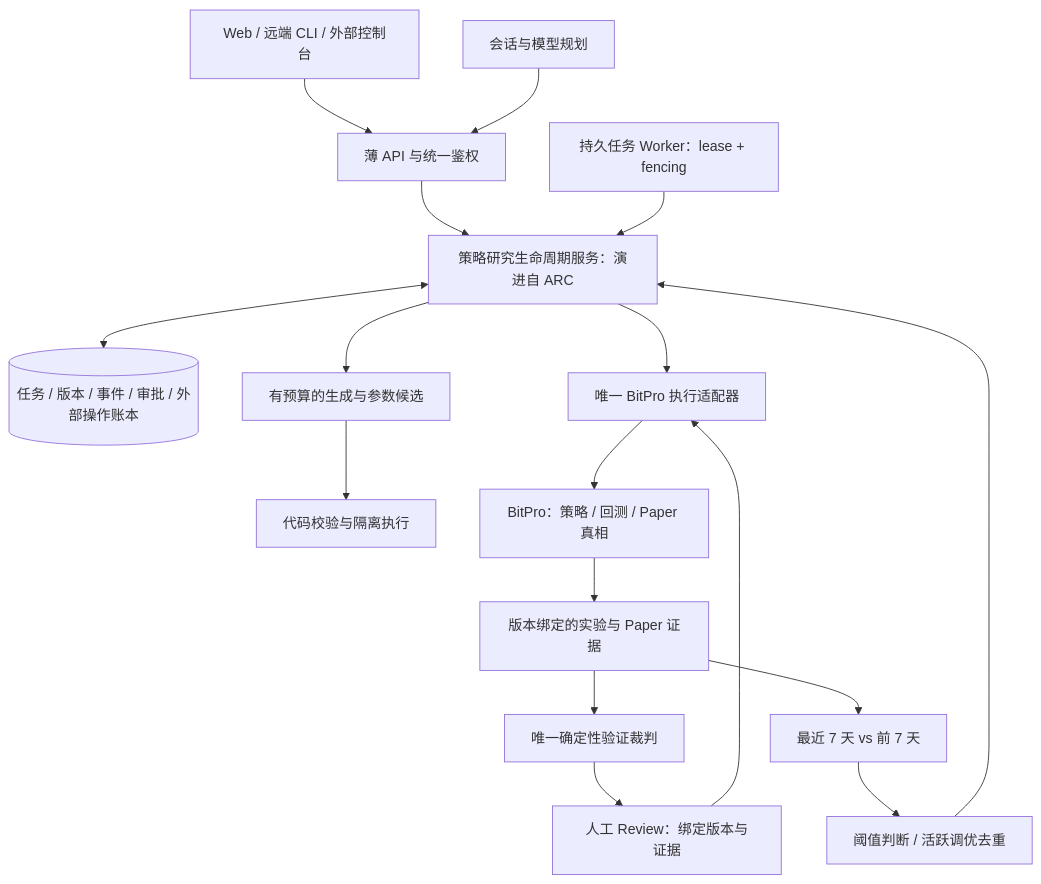
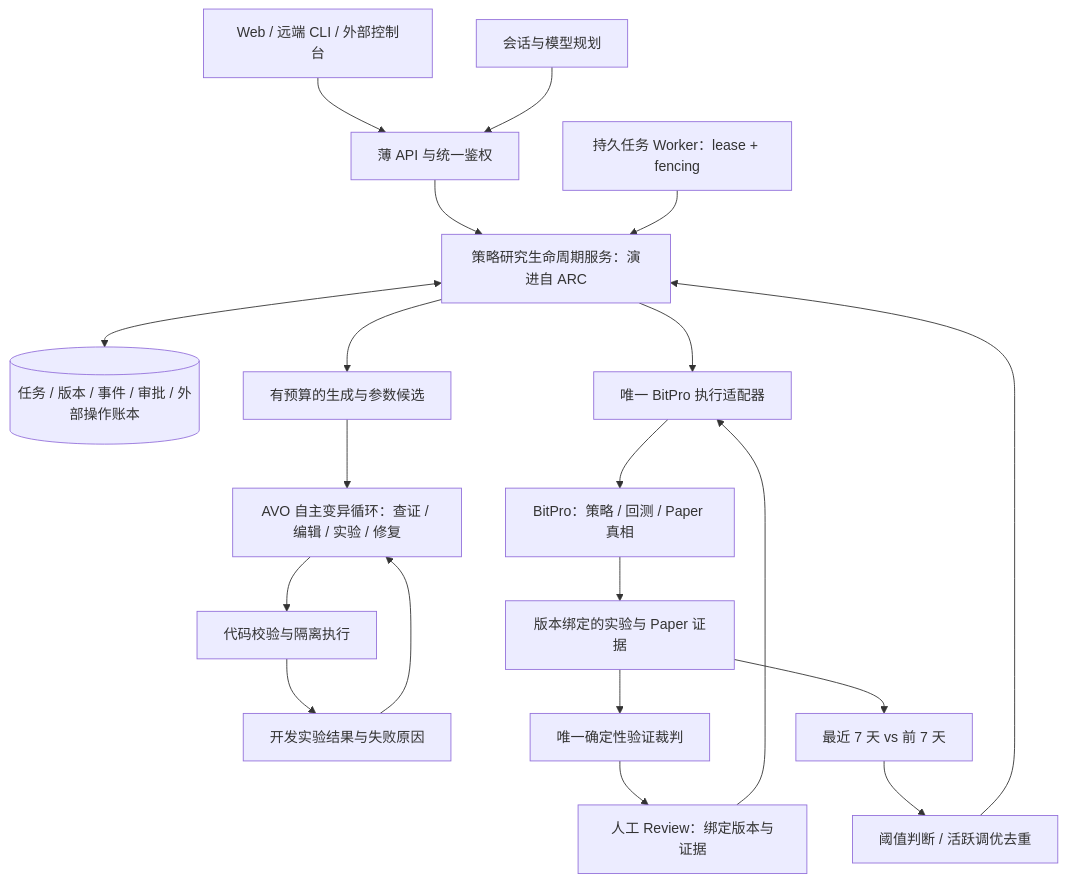
One commit to Shadowell/HyperTrade changed the second of 2 diagrams in docs/architecture/61-research-loop-architecture-rationalization.md. Above: the diagram before and after it, drawn with Mermaid. The commit also changed other lines of this file and 3 other files, not shown here.

Commit message:
docs: integrate AVO research loop into architecture proposal [skip ci]

````diff
--- a/docs/architecture/61-research-loop-architecture-rationalization.md
+++ b/docs/architecture/61-research-loop-architecture-rationalization.md
@@ -129,19 +131,22 @@
 ```mermaid
 flowchart TD
     UI[Web / 远端 CLI / 外部控制台] --> API[薄 API 与统一鉴权]
     Chat[会话与模型规划] --> API
     API --> Lifecycle[策略研究生命周期服务：演进自 ARC]
     Lifecycle <--> DB[(任务 / 版本 / 事件 / 审批 / 外部操作账本)]
     Worker[持久任务 Worker：lease + fencing] --> Lifecycle
     Lifecycle --> Propose[有预算的生成与参数候选]
-    Propose --> ValidateCode[代码校验与隔离执行]
+    Propose --> AVO[AVO 自主变异循环：查证 / 编辑 / 实验 / 修复]
+    AVO --> ValidateCode[代码校验与隔离执行]
+    ValidateCode --> Feedback[开发实验结果与失败原因]
+    Feedback --> AVO
     Lifecycle --> Adapter[唯一 BitPro 执行适配器]
     Adapter --> Platform[BitPro：策略 / 回测 / Paper 真相]
     Platform --> Evidence[版本绑定的实验与 Paper 证据]
     Evidence --> Judge[唯一确定性验证裁判]
     Judge --> Review[人工 Review：绑定版本与证据]
     Review --> Adapter
     Evidence --> Compare[最近 7 天 vs 前 7 天]
     Compare --> Dedup[阈值判断 / 活跃调优去重]
     Dedup --> Lifecycle
 ```
````
